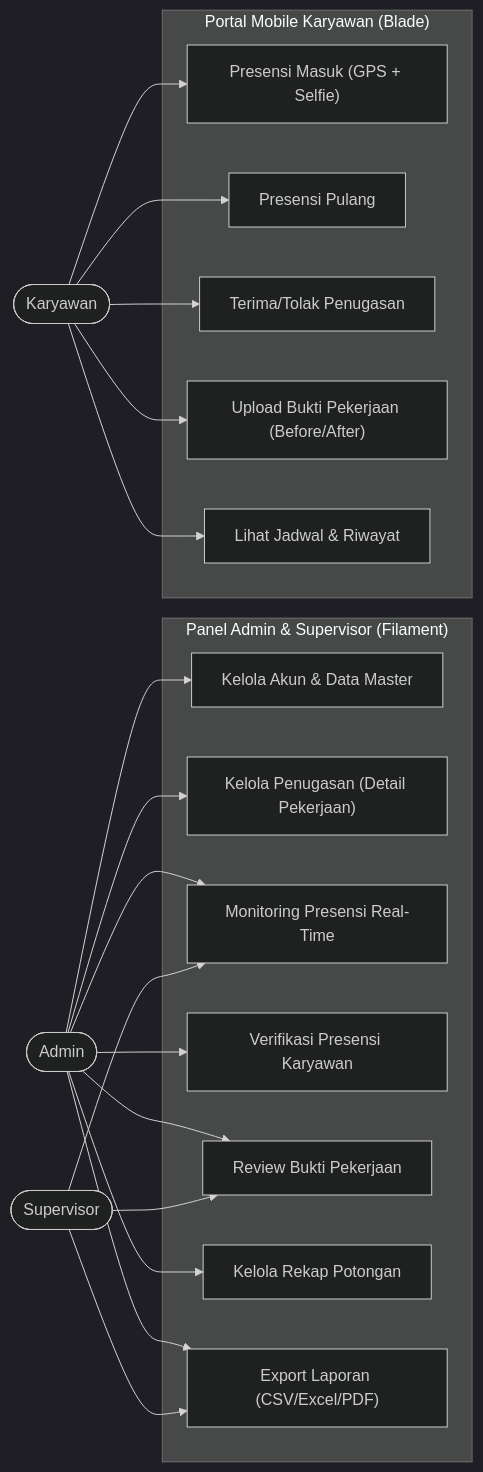
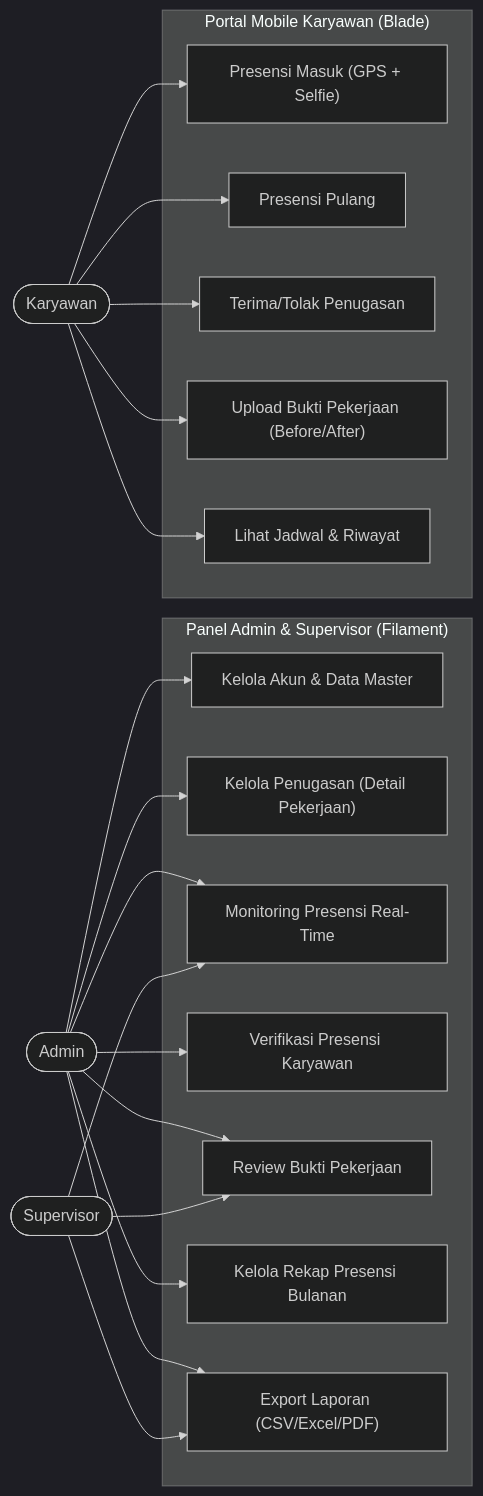
The first of 2 diagrams in docs/v2/09-diagram-sistem.md (FadhilahNezaSolikhah/sistem-kepegawaian), drawn with Mermaid (dark theme) before and after one commit. The commit also changed other lines of this file and 28 other files, not shown here.

First line of the commit message:
feat: migrasi rekap potongan ke rekap presensi bulanan

````diff
--- a/docs/v2/09-diagram-sistem.md
+++ b/docs/v2/09-diagram-sistem.md
@@ -12,42 +12,42 @@
 ```mermaid
 flowchart LR
     Admin([Admin])
     Supervisor([Supervisor])
     Karyawan([Karyawan])
 
     subgraph PanelAdminSupervisor["Panel Admin & Supervisor (Filament)"]
         UC1["Kelola Akun & Data Master"]
         UC2["Kelola Penugasan (Detail Pekerjaan)"]
         UC3["Monitoring Presensi Real-Time"]
         UC4["Verifikasi Presensi Karyawan"]
         UC5["Review Bukti Pekerjaan"]
-        UC6["Kelola Rekap Potongan"]
+        UC6["Kelola Rekap Presensi Bulanan"]
         UC7["Export Laporan (CSV/Excel/PDF)"]
     end
 
     subgraph PortalKaryawan["Portal Mobile Karyawan (Blade)"]
         UC8["Presensi Masuk (GPS + Selfie)"]
         UC9["Presensi Pulang"]
         UC10["Terima/Tolak Penugasan"]
         UC11["Upload Bukti Pekerjaan (Before/After)"]
         UC12["Lihat Jadwal & Riwayat"]
     end
 
     Admin --> UC1
     Admin --> UC2
     Admin --> UC3
     Admin --> UC4
     Admin --> UC5
     Admin --> UC6
     Admin --> UC7
 
     Supervisor --> UC3
     Supervisor --> UC5
     Supervisor --> UC7
 
     Karyawan --> UC8
     Karyawan --> UC9
     Karyawan --> UC10
     Karyawan --> UC11
     Karyawan --> UC12
 ```
````
